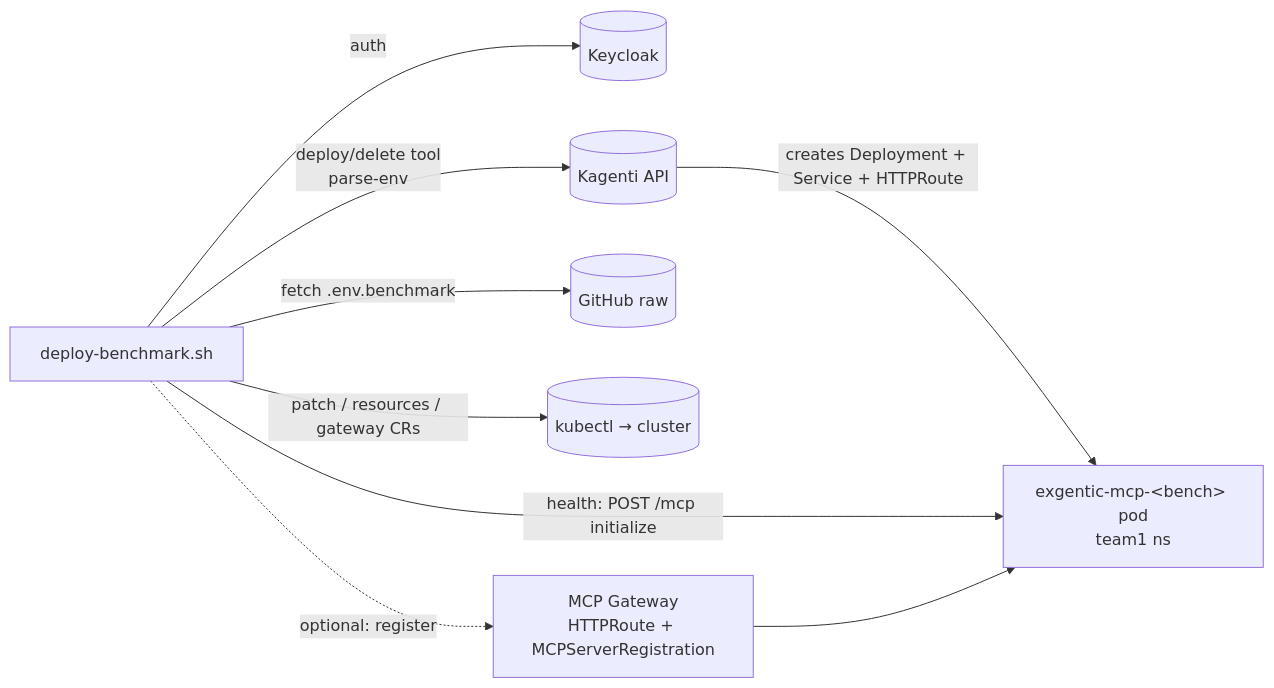
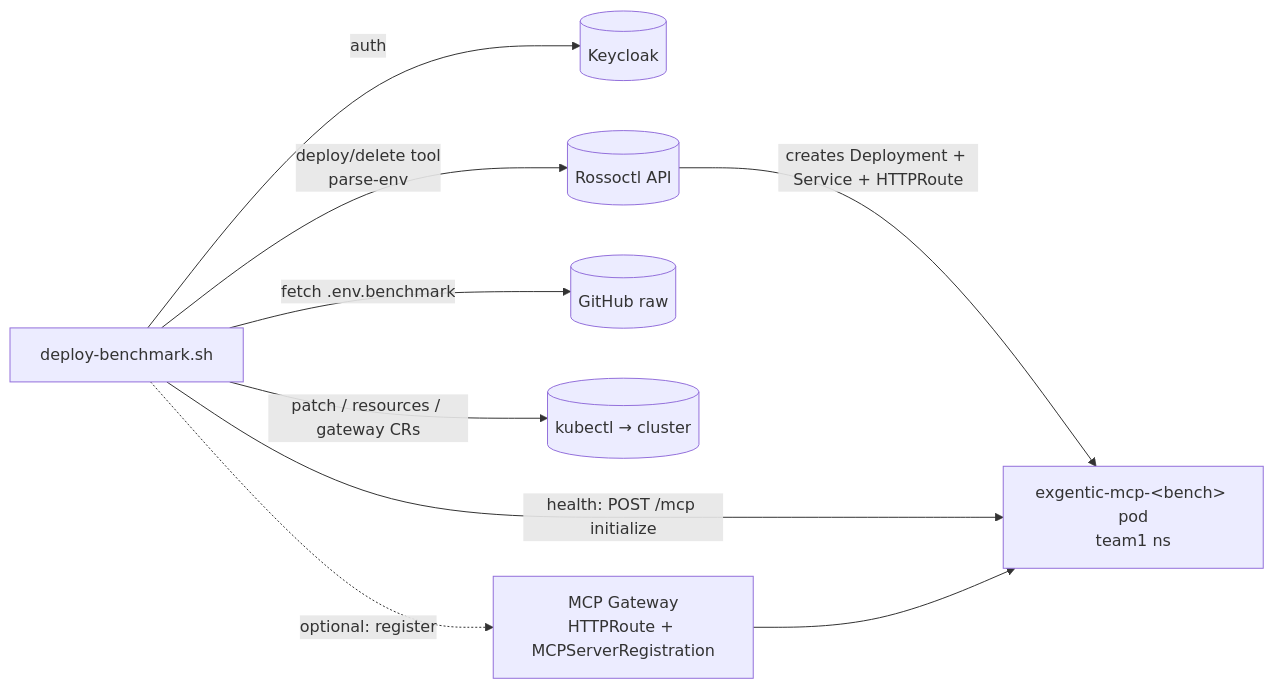
One commit to rossoctl/workload-harness changed the fourth of 9 diagrams in exgentic_a2a_runner/docs/workflow-diagrams.md. Above: the diagram before and after it, drawn with Mermaid. The commit also changed other lines of this file and 17 other files, not shown here.

First line of the commit message:
rename: Kagenti → Rossoctl throughout scripts and docs

````diff
--- a/exgentic_a2a_runner/docs/workflow-diagrams.md
+++ b/exgentic_a2a_runner/docs/workflow-diagrams.md
@@ -161,11 +161,11 @@
 ```mermaid
 flowchart LR
     B[deploy-benchmark.sh] -->|auth| KC[(Keycloak)]
-    B -->|deploy/delete tool<br/>parse-env| KAG[(Kagenti API)]
+    B -->|deploy/delete tool<br/>parse-env| KAG[(Rossoctl API)]
     B -->|fetch .env.benchmark| GH[(GitHub raw)]
     B -->|patch / resources / gateway CRs| KUBE[(kubectl → cluster)]
     KAG -->|creates Deployment + Service + HTTPRoute| MCP["exgentic-mcp-&lt;bench&gt; pod<br/>team1 ns"]
     B -->|health: POST /mcp initialize| MCP
     B -.->|optional: register| GWY[MCP Gateway<br/>HTTPRoute + MCPServerRegistration]
     GWY --> MCP
 ```
````
